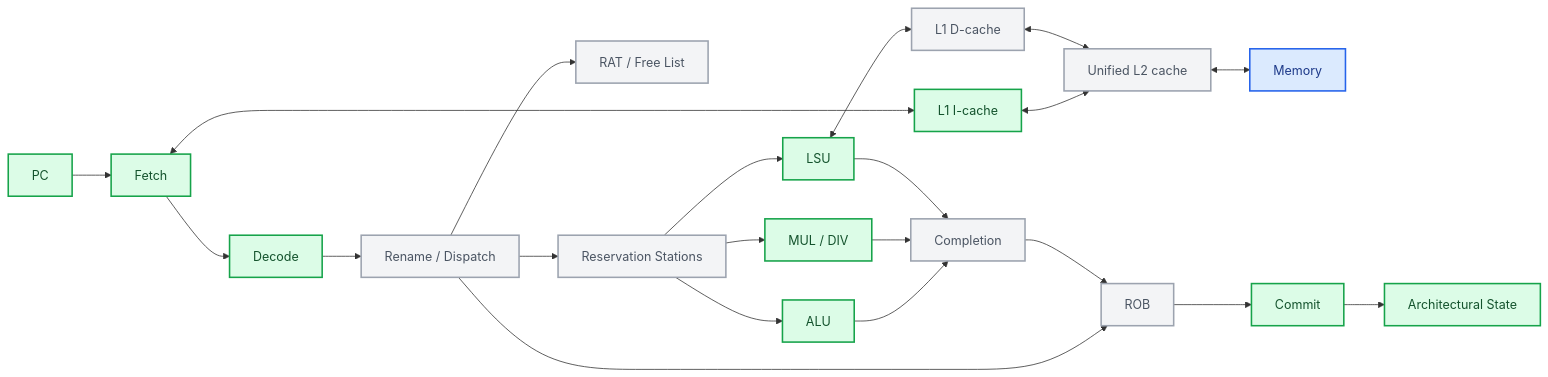
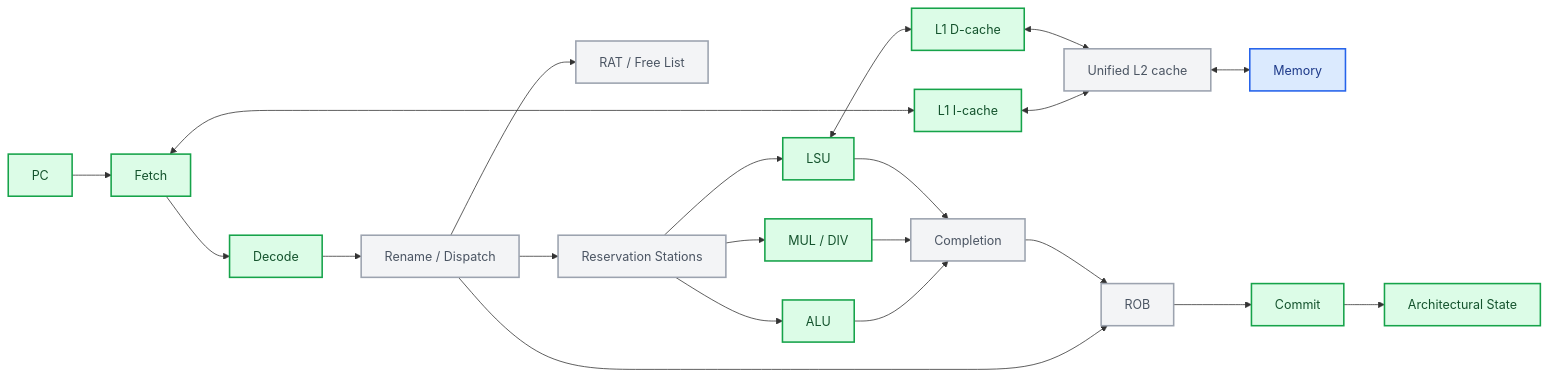
One commit to JustinYYZ/rv32im-research-core changed the second of 2 diagrams in README.md. Above: the diagram before and after it, drawn with Mermaid. The commit also changed other lines of this file and 6 other files, not shown here.

````diff
--- a/README.md
+++ b/README.md
@@ -263,29 +271,29 @@
 ```mermaid
 flowchart LR
     PC --> FETCH[Fetch]
     FETCH <--> L1I["L1 I-cache"]
     L1I <--> L2["Unified L2 cache"]
     L2 <--> MEM[Memory]
     FETCH --> DECODE[Decode]
     DECODE --> RENAME["Rename / Dispatch"]
     RENAME --> RAT["RAT / Free List"]
     RENAME --> ROB[ROB]
     RENAME --> RS["Reservation Stations"]
     RS --> ALU[ALU]
     RS --> MULDIV["MUL / DIV"]
     RS --> LSU[LSU]
     LSU <--> L1D["L1 D-cache"]
     L1D <--> L2
     ALU --> COMPLETE[Completion]
     MULDIV --> COMPLETE
     LSU --> COMPLETE
     COMPLETE --> ROB
     ROB --> COMMIT[Commit]
     COMMIT --> ARF["Architectural State"]
     classDef implemented fill:#dcfce7,stroke:#16a34a,color:#14532d,stroke-width:2px
     classDef planned fill:#f3f4f6,stroke:#9ca3af,color:#4b5563,stroke-width:2px
     classDef external fill:#dbeafe,stroke:#2563eb,color:#1e3a8a,stroke-width:2px
-    class PC,FETCH,L1I,DECODE,ALU,MULDIV,LSU,COMMIT,ARF implemented
-    class L1D,L2,RENAME,RAT,ROB,RS,COMPLETE planned
+    class PC,FETCH,L1I,L1D,DECODE,ALU,MULDIV,LSU,COMMIT,ARF implemented
+    class L2,RENAME,RAT,ROB,RS,COMPLETE planned
     class MEM external
 ```
````
